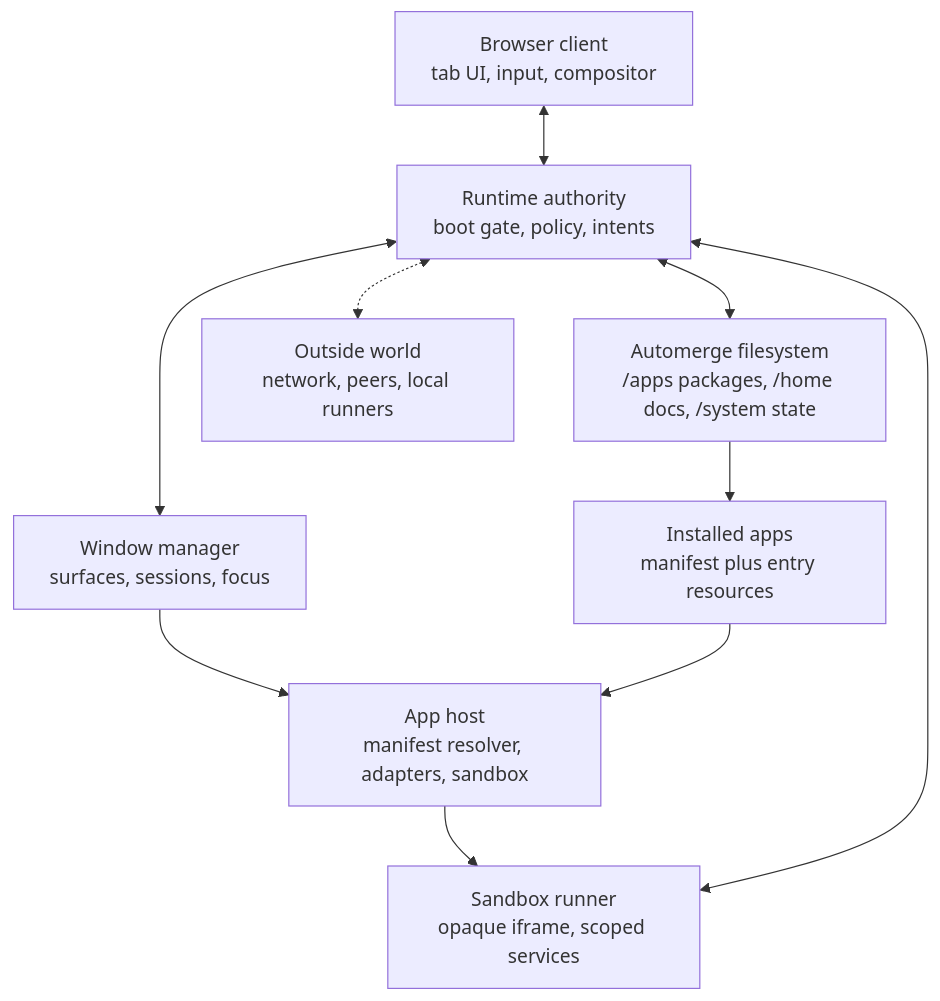
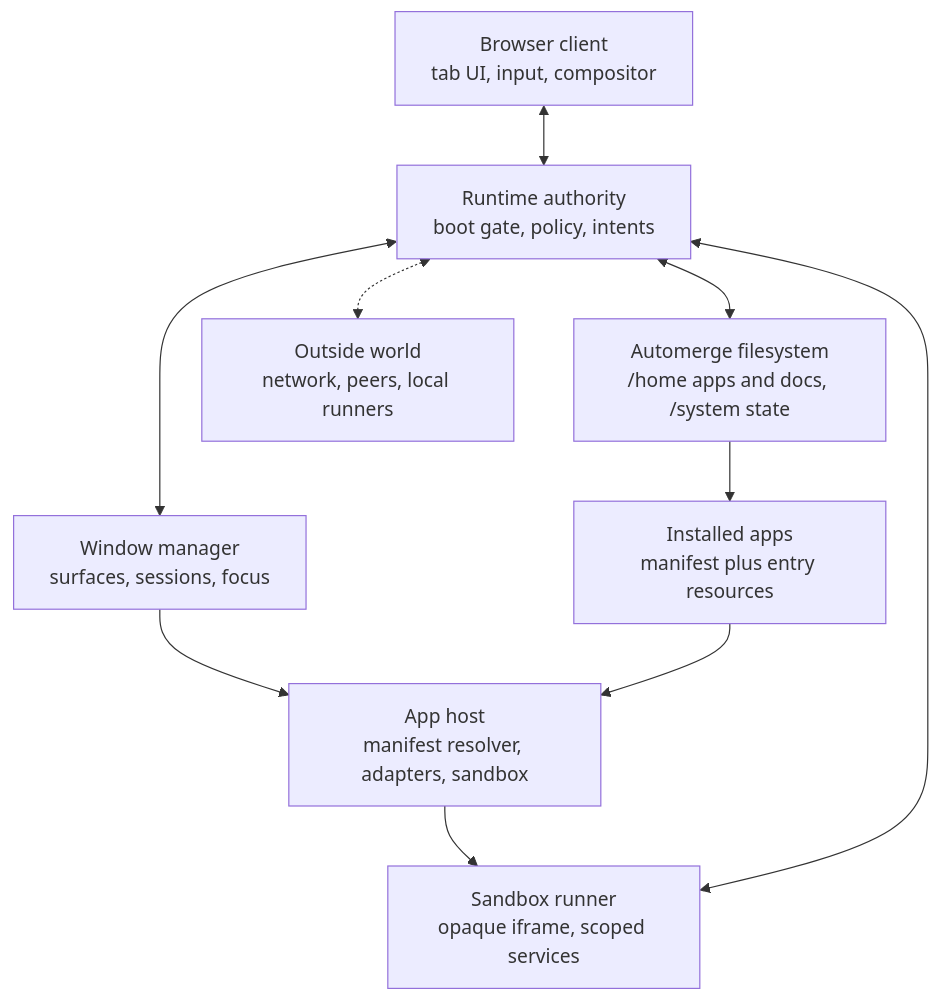
The diagram in docs/architecture.md (neftaly/patchpit), drawn with Mermaid before and after one commit. The commit also changed 13 other files, not shown here.

````diff
--- a/docs/architecture.md
+++ b/docs/architecture.md
@@ -1,29 +1,29 @@
 ```mermaid
 flowchart TB
   Browser["Browser client
 tab UI, input, compositor"]
   Runtime["Runtime authority
 boot gate, policy, intents"]
   Filesystem["Automerge filesystem
-/apps packages, /home docs, /system state"]
+/home apps and docs, /system state"]
   Window["Window manager
 surfaces, sessions, focus"]
   Host["App host
 manifest resolver, adapters, sandbox"]
   Packages["Installed apps
 manifest plus entry resources"]
   Sandbox["Sandbox runner
 opaque iframe, scoped services"]
   External["Outside world
 network, peers, local runners"]
 
   Browser <--> Runtime
   Runtime <--> Filesystem
   Runtime <--> Window
   Filesystem --> Packages
   Window --> Host
   Packages --> Host
   Host --> Sandbox
   Sandbox <--> Runtime
   Runtime <-.-> External
 ```
````
